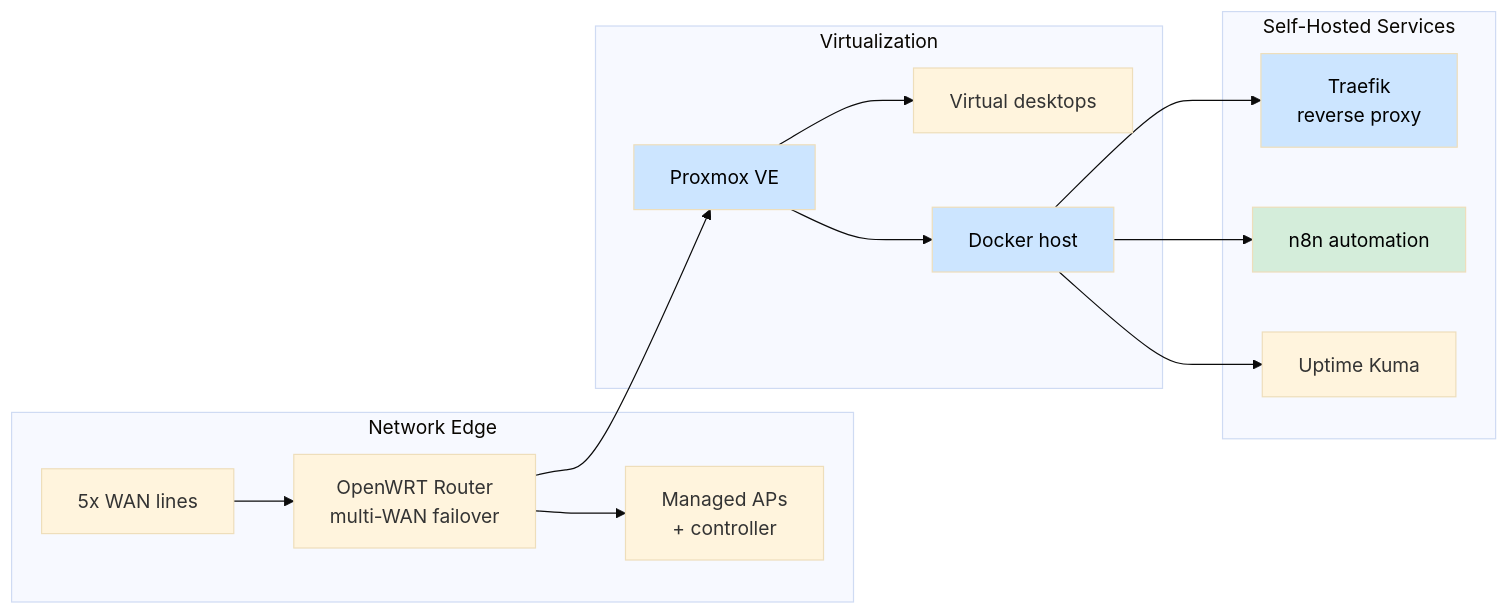
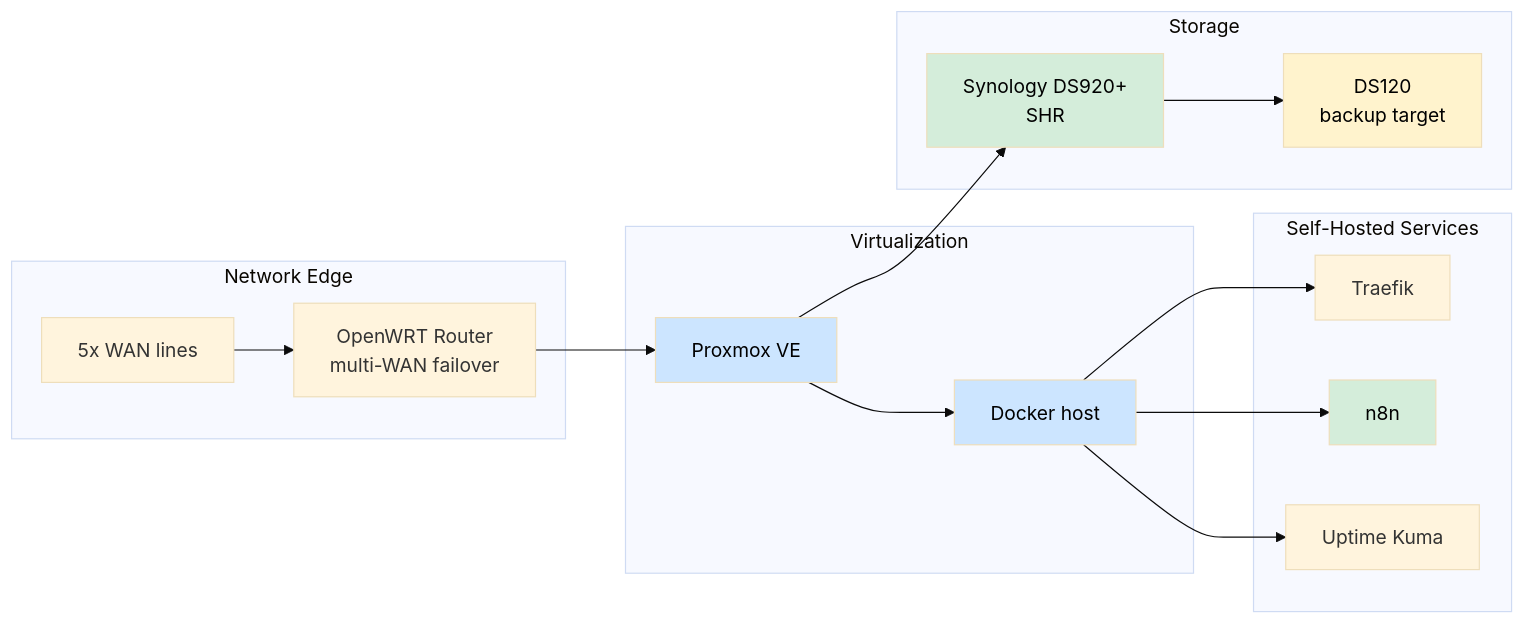
One commit to alanfong93/alanfong93 changed the second of 3 diagrams in README.md. Above: the diagram before and after it, drawn with Mermaid (base theme). The commit also changed other lines of this file, not shown here.

Commit message:
docs: expand profile — AI projects, enterprise systems, experience, education, Synology

````diff
--- a/README.md
+++ b/README.md
@@ -51,21 +52,24 @@
 ```mermaid
 flowchart LR
     subgraph Edge[Network Edge]
         WAN[5x WAN lines] --> RTR[OpenWRT Router<br>multi-WAN failover]
-        RTR --> AP[Managed APs<br>+ controller]
     end
     subgraph Virt[Virtualization]
-        PVE[Proxmox VE] --> VDI[Virtual desktops]
-        PVE --> DOCK[Docker host]
+        PVE[Proxmox VE] --> DOCK[Docker host]
     end
     subgraph Svc[Self-Hosted Services]
-        DOCK --> RP[Traefik<br>reverse proxy]
-        DOCK --> N8N[n8n automation]
+        DOCK --> RP[Traefik]
+        DOCK --> N8N[n8n]
         DOCK --> MON[Uptime Kuma]
     end
+    subgraph Store[Storage]
+        NAS[Synology DS920+<br>SHR] --> BAK[DS120<br>backup target]
+    end
     RTR --> PVE
+    PVE --> NAS
     style PVE fill:#cce5ff,color:#000
     style DOCK fill:#cce5ff,color:#000
     style N8N fill:#d4edda,color:#000
-    style RP fill:#cce5ff,color:#000
+    style NAS fill:#d4edda,color:#000
+    style BAK fill:#fff3cd,color:#000
 ```
````
